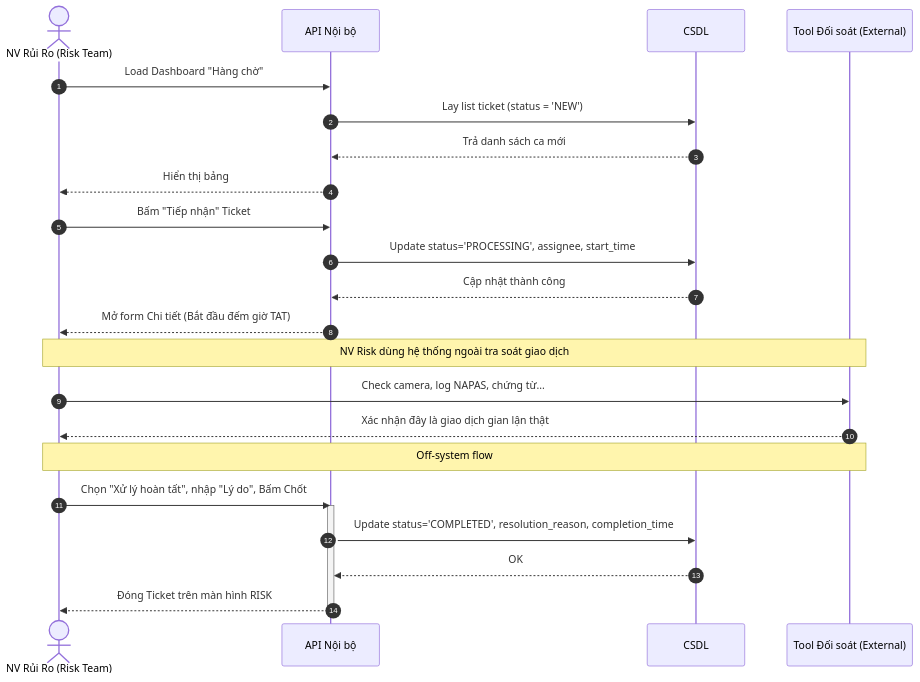
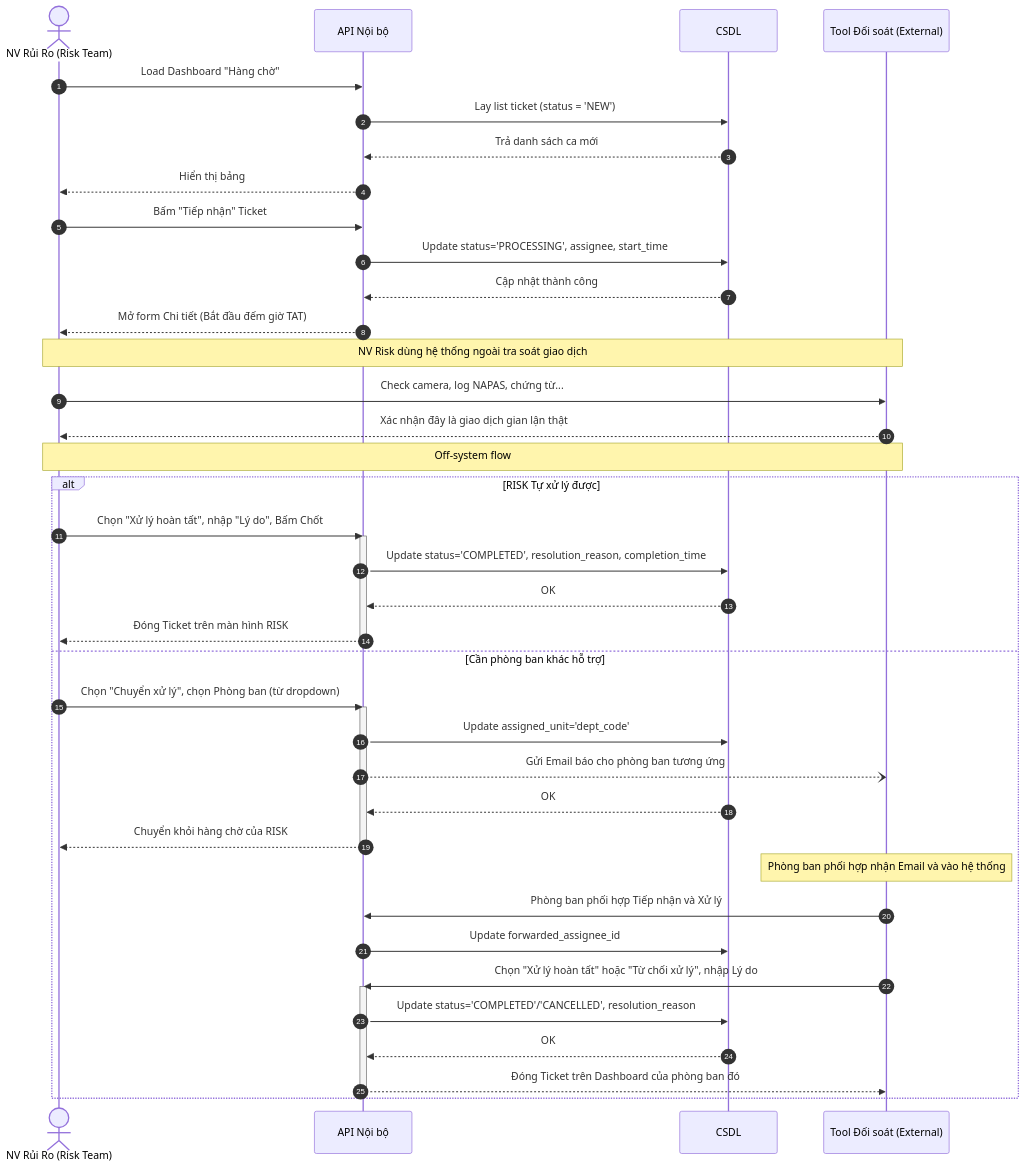
One commit to quangha9797/hdss-docs changed the third of 4 diagrams in trasoat/TraSoatGiaoDichThe_Flowcharts.md. Above: the diagram before and after it, drawn with Mermaid. The commit also changed 3 other files, not shown here.

Commit message:
update flow

````diff
--- a/trasoat/TraSoatGiaoDichThe_Flowcharts.md
+++ b/trasoat/TraSoatGiaoDichThe_Flowcharts.md
@@ -84,30 +84,50 @@
 ```mermaid
 sequenceDiagram
     autonumber
     actor RISK as NV Rủi Ro (Risk Team)
     participant API as API Nội bộ
     participant DB as CSDL
     participant Ext as Tool Đối soát (External)
 
     RISK->>API: Load Dashboard "Hàng chờ"
     API->>DB: Lay list ticket (status = 'NEW')
     DB-->>API: Trả danh sách ca mới
     API-->>RISK: Hiển thị bảng
 
     RISK->>API: Bấm "Tiếp nhận" Ticket #TS-xxx
     API->>DB: Update status='PROCESSING', assignee, start_time
     DB-->>API: Cập nhật thành công
     API-->>RISK: Mở form Chi tiết (Bắt đầu đếm giờ TAT)
 
     Note over RISK,Ext: NV Risk dùng hệ thống ngoài tra soát giao dịch
     RISK->>Ext: Check camera, log NAPAS, chứng từ...
     Ext-->>RISK: Xác nhận đây là giao dịch gian lận thật
     Note over RISK,Ext: Off-system flow
 
-    RISK->>API: Chọn "Xử lý hoàn tất", nhập "Lý do", Bấm Chốt
-    activate API
-    API->>DB: Update status='COMPLETED', resolution_reason, completion_time
-    DB-->>API: OK
-    API-->>RISK: Đóng Ticket trên màn hình RISK
-    deactivate API
+    alt RISK Tự xử lý được
+        RISK->>API: Chọn "Xử lý hoàn tất", nhập "Lý do", Bấm Chốt
+        activate API
+        API->>DB: Update status='COMPLETED', resolution_reason, completion_time
+        DB-->>API: OK
+        API-->>RISK: Đóng Ticket trên màn hình RISK
+        deactivate API
+    else Cần phòng ban khác hỗ trợ
+        RISK->>API: Chọn "Chuyển xử lý", chọn Phòng ban (từ dropdown)
+        activate API
+        API->>DB: Update assigned_unit='dept_code'
+        API--)Ext: Gửi Email báo cho phòng ban tương ứng
+        DB-->>API: OK
+        API-->>RISK: Chuyển khỏi hàng chờ của RISK
+        deactivate API
+        
+        Note over Ext: Phòng ban phối hợp nhận Email và vào hệ thống
+        Ext->>API: Phòng ban phối hợp Tiếp nhận và Xử lý
+        API->>DB: Update forwarded_assignee_id
+        Ext->>API: Chọn "Xử lý hoàn tất" hoặc "Từ chối xử lý", nhập Lý do
+        activate API
+        API->>DB: Update status='COMPLETED'/'CANCELLED', resolution_reason
+        DB-->>API: OK
+        API-->>Ext: Đóng Ticket trên Dashboard của phòng ban đó
+        deactivate API
+    end
 ```
````
